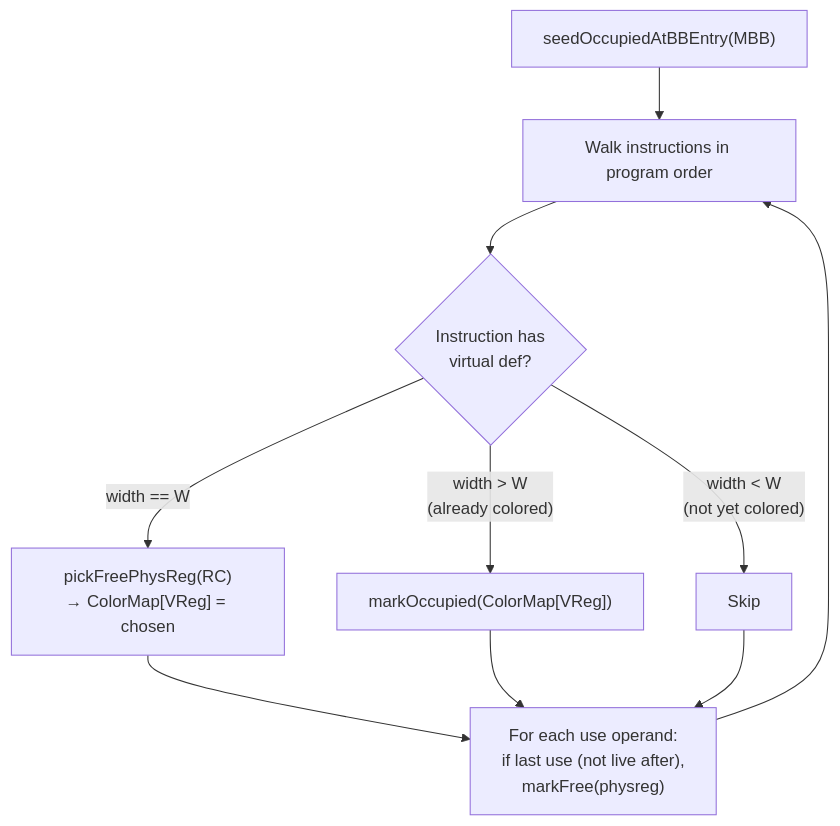
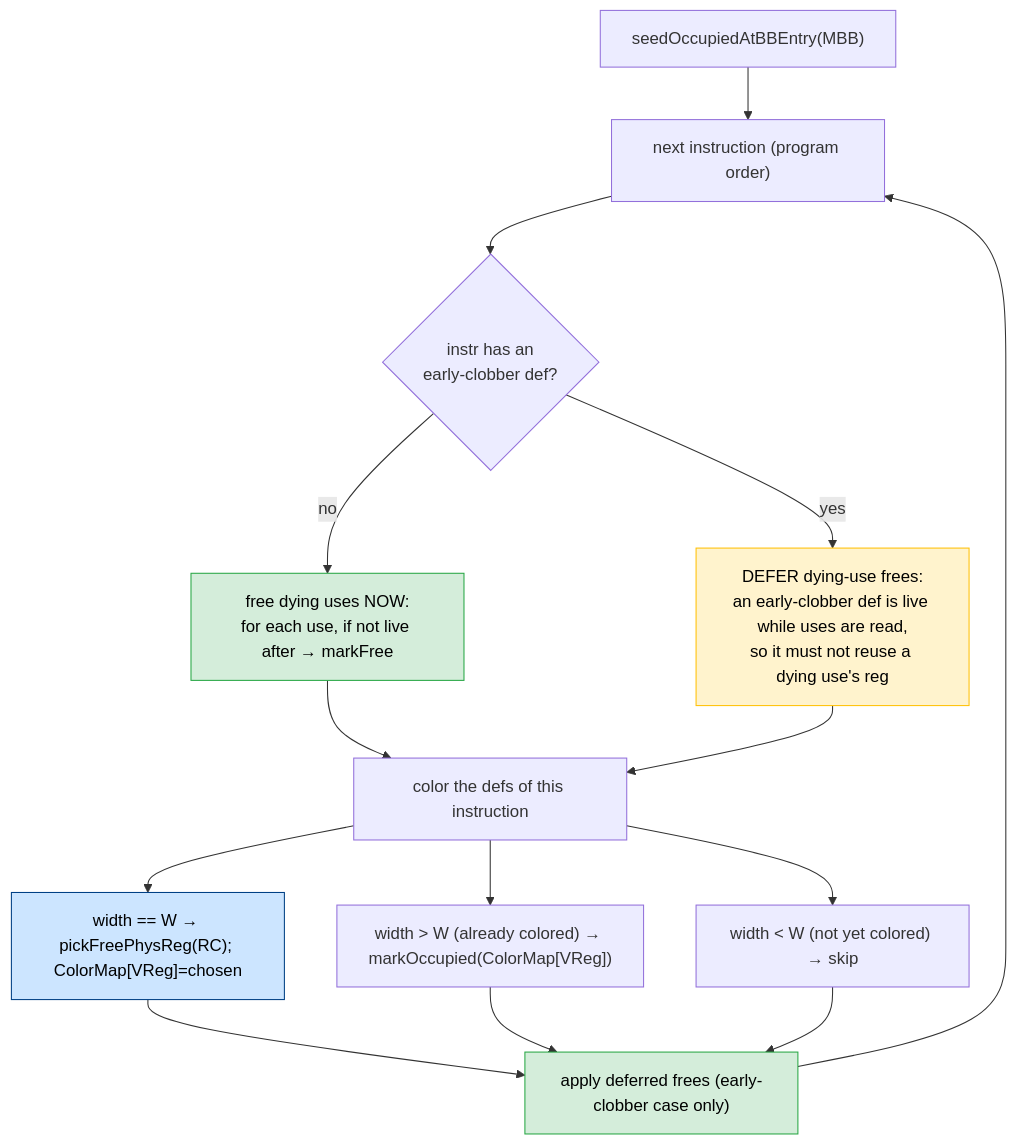
Before and after one commit to alex-t/ssa-spiller-docs: the third of 6 diagrams in SSARA/04-Design/SSA_RA_Coloring.md, drawn with Mermaid. The commit also changed other lines of this file and 41 other files, not shown here.

````diff
--- a/SSARA/04-Design/SSA_RA_Coloring.md
+++ b/SSARA/04-Design/SSA_RA_Coloring.md
@@ -147,14 +152,28 @@
 ```mermaid
 flowchart TD
     Entry["seedOccupiedAtBBEntry(MBB)"]
-    Entry --> Walk["Walk instructions in program order"]
-    Walk --> Def{"Instruction has<br/>virtual def?"}
-    Def -->|"width == W"| Color["pickFreePhysReg(RC)<br/>→ ColorMap[VReg] = chosen"]
-    Def -->|"width > W<br/>(already colored)"| Mark["markOccupied(ColorMap[VReg])"]
-    Def -->|"width < W<br/>(not yet colored)"| Skip["Skip"]
-    Color --> Kill
-    Mark --> Kill
-    Skip --> Kill
-    Kill["For each use operand:<br/>if last use (not live after),<br/>markFree(physreg)"]
-    Kill --> Walk
+    Entry --> Walk["next instruction (program order)"]
+    Walk --> EC{"instr has an<br/>early-clobber def?"}
+
+    EC -->|no| Kill["free dying uses NOW:<br/>for each use, if not live after → markFree"]
+    EC -->|yes| Defer["DEFER dying-use frees:<br/>an early-clobber def is live while uses are read,<br/>so it must not reuse a dying use's reg"]
+
+    Kill --> Def
+    Defer --> Def
+
+    Def["color the defs of this instruction"]
+    Def --> DW1["width == W → pickFreePhysReg(RC); ColorMap[VReg]=chosen"]
+    Def --> DW2["width &gt; W (already colored) → markOccupied(ColorMap[VReg])"]
+    Def --> DW3["width &lt; W (not yet colored) → skip"]
+
+    DW1 --> Post
+    DW2 --> Post
+    DW3 --> Post
+    Post["apply deferred frees (early-clobber case only)"]
+    Post --> Walk
+
+    style Kill fill:#d4edda,stroke:#28a745,color:#000
+    style Defer fill:#fff3cd,stroke:#ffc107,color:#000
+    style DW1 fill:#cce5ff,stroke:#004085,color:#000
+    style Post fill:#d4edda,stroke:#28a745,color:#000
 ```
````
